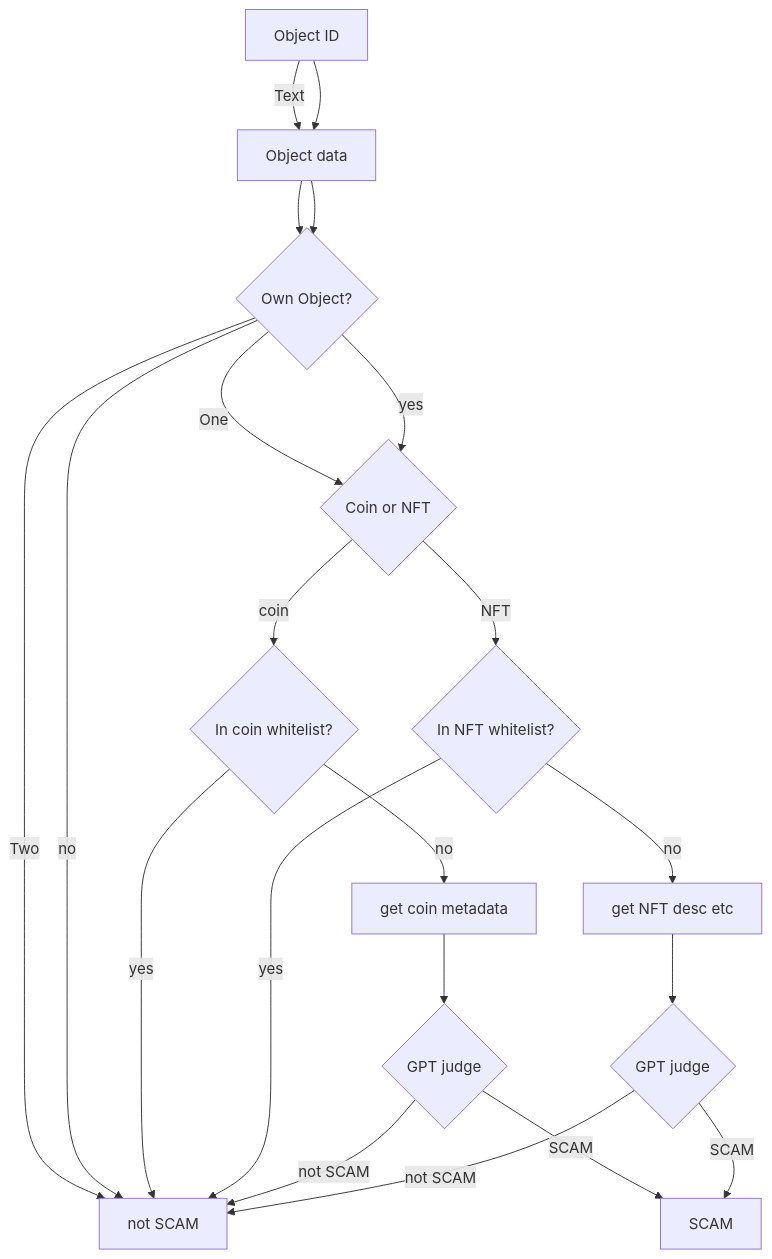
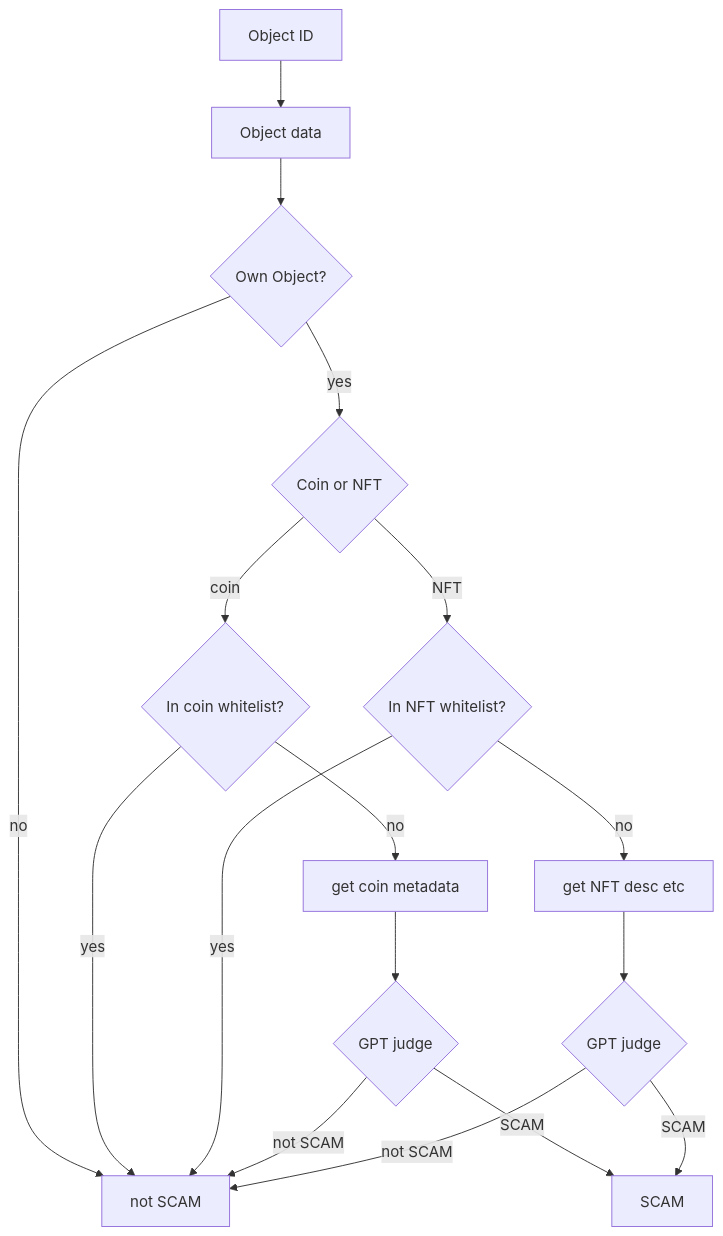
Before and after one commit to RandyPen/SUI-SCAM-DETECTION: the diagram in README.md, drawn with Mermaid.

````diff
--- a/README.md
+++ b/README.md
@@ -7,24 +7,19 @@
 ```mermaid
 flowchart TB
-A[Hard] -->|Text| B(Round)
-B --> C{Decision}
-C -->|One| D[Result 1]
-C -->|Two| E[Result 2]
-
 A[Object ID] --> B[Object data]
 B --> C{Own Object?}
 C -->|yes| D{Coin or NFT}
 C -->|no| E[not SCAM]
 D -->|coin| F{In coin whitelist?}
 D -->|NFT| G{In NFT whitelist?}
 F -->|yes| E
 G -->|yes| E
 F -->|no| H[get coin metadata]
 G -->|no| I[get NFT desc etc]
 H --> J1{GPT judge}
 I --> J2{GPT judge}
 J1 -->|not SCAM| E
 J2 -->|not SCAM| E
 J1 -->|SCAM| L[SCAM]
 J2 -->|SCAM| L
 ```
````
